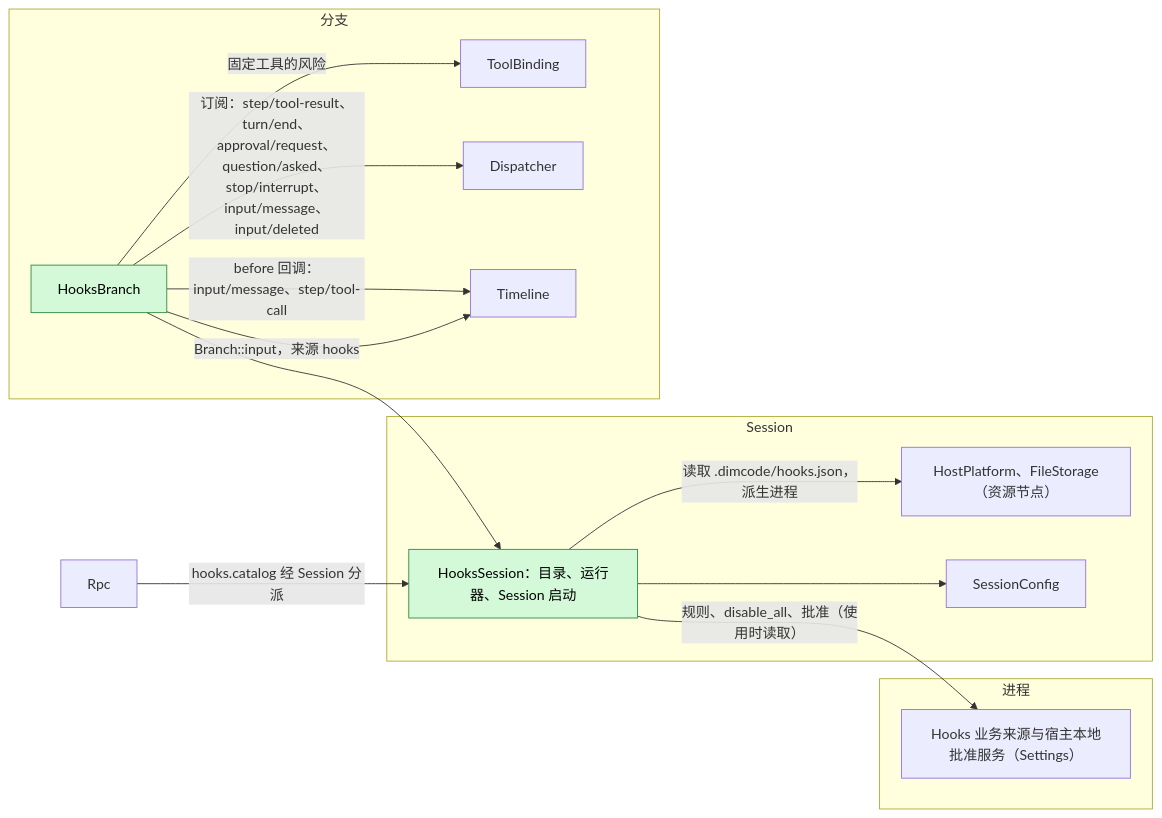
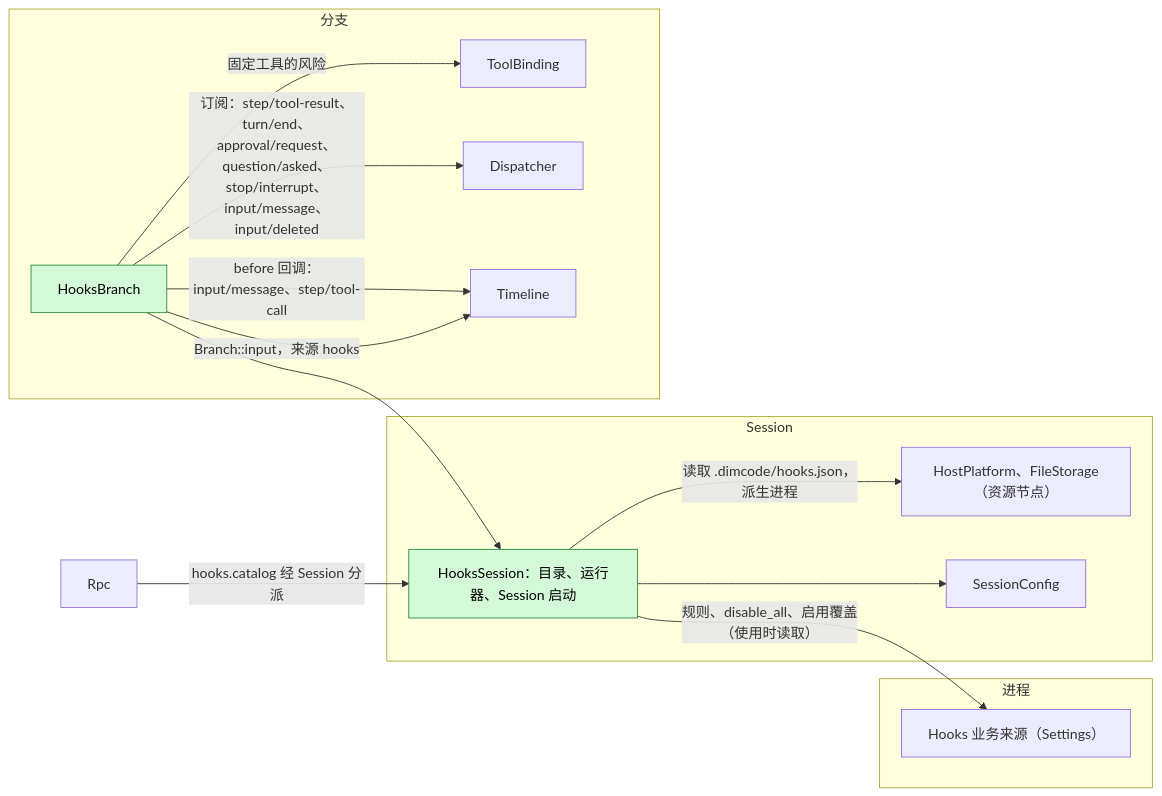
One commit to CoutinhoTTS/dim-agent changed the first of 7 diagrams in docs/zh/design/plugins/Hooks.md. Above: the diagram before and after it, drawn with Mermaid. The commit also changed other lines of this file and 40 other files, not shown here.

````diff
--- a/docs/zh/design/plugins/Hooks.md
+++ b/docs/zh/design/plugins/Hooks.md
@@ -9,28 +9,28 @@
 ```mermaid
 flowchart LR
   subgraph PROC["进程"]
-    Settings["Hooks 业务来源与宿主本地批准服务（Settings）"]
+    Settings["Hooks 业务来源（Settings）"]
   end
   subgraph SESS["Session"]
     HS["HooksSession：目录、运行器、Session 启动"]:::new
     HP["HostPlatform、FileStorage（资源节点）"]
     CFG["SessionConfig"]
   end
   subgraph BR["分支"]
     HB["HooksBranch"]:::new
     TB["ToolBinding"]
     DP["Dispatcher"]
     TL["Timeline"]
   end
   Rpc["Rpc"]
-  HS -->|"规则、disable_all、批准（使用时读取）"| Settings
+  HS -->|"规则、disable_all、启用覆盖（使用时读取）"| Settings
   HS -->|"读取 .dimcode/hooks.json，派生进程"| HP
   HS --> CFG
   HB --> HS
   HB -->|"before 回调：input/message、step/tool-call"| TL
   HB -->|"固定工具的风险"| TB
   HB -->|"订阅：step/tool-result、turn/end、approval/request、question/asked、stop/interrupt、input/message、input/deleted"| DP
   HB -->|"Branch::input，来源 hooks"| TL
   Rpc -->|"hooks.catalog 经 Session 分派"| HS
   classDef new fill:#d3f9d8,stroke:#2b8a3e,color:#000
 ```
````
